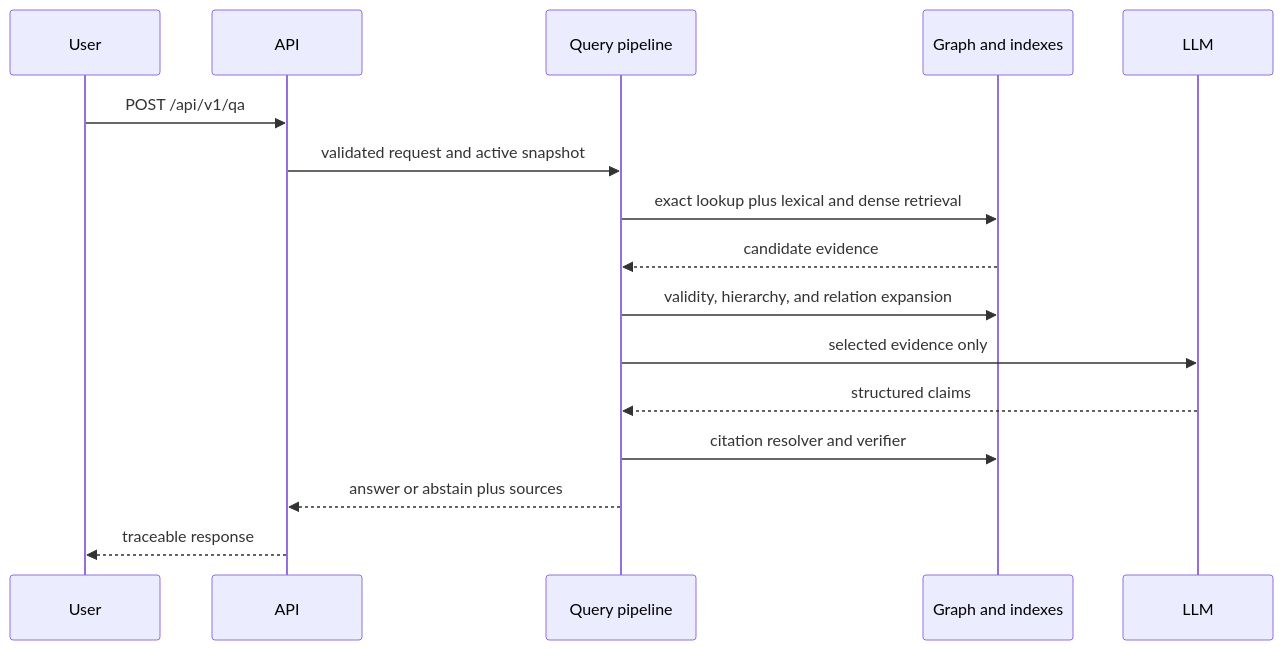
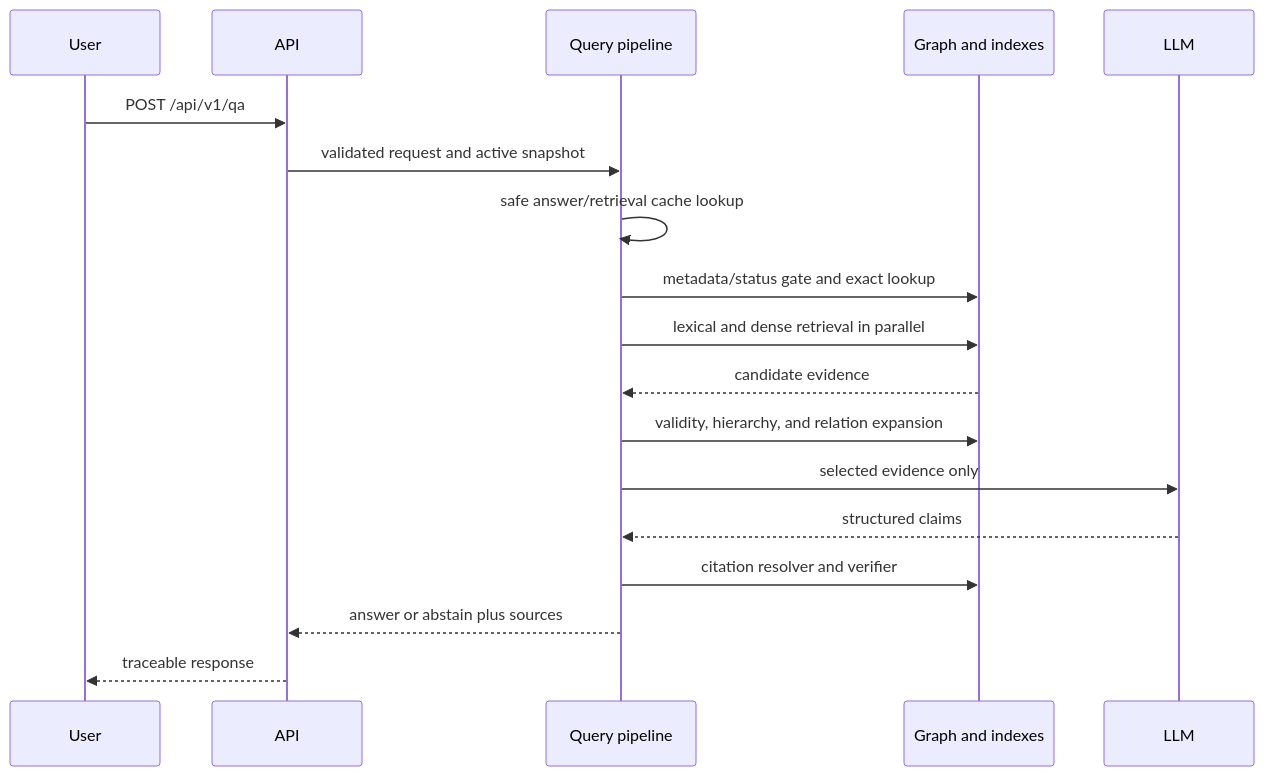
Before and after one commit to hungle123-dev/vietnamese-traffic-law-rag: the third of 3 diagrams in docs/02-system-architecture.md, drawn with Mermaid. The commit also changed other lines of this file and 24 other files, not shown here.

Commit message:
feat: align GraphRAG foundation contracts

````diff
--- a/docs/02-system-architecture.md
+++ b/docs/02-system-architecture.md
@@ -53,19 +67,21 @@
 ```mermaid
 sequenceDiagram
     participant U as User
     participant A as API
     participant Q as Query pipeline
     participant G as Graph and indexes
     participant L as LLM
 
     U->>A: POST /api/v1/qa
     A->>Q: validated request and active snapshot
-    Q->>G: exact lookup plus lexical and dense retrieval
+    Q->>Q: safe answer/retrieval cache lookup
+    Q->>G: metadata/status gate and exact lookup
+    Q->>G: lexical and dense retrieval in parallel
     G-->>Q: candidate evidence
     Q->>G: validity, hierarchy, and relation expansion
     Q->>L: selected evidence only
     L-->>Q: structured claims
     Q->>G: citation resolver and verifier
     Q-->>A: answer or abstain plus sources
     A-->>U: traceable response
 ```
````
